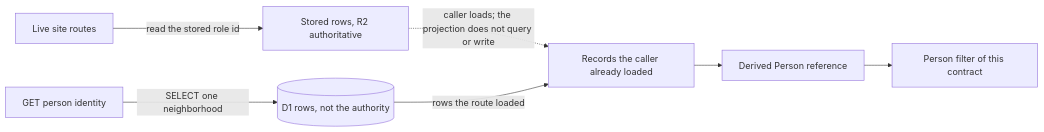
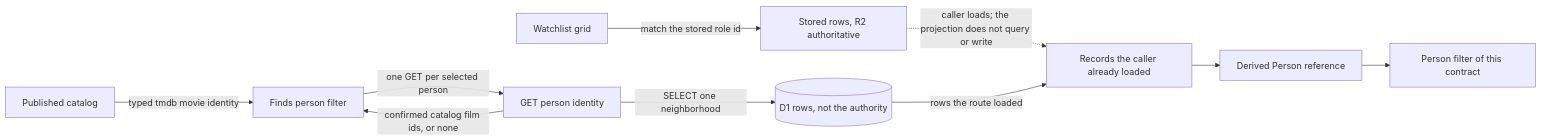
Before and after one commit to vladimino/iptv-watchlist: the second of 2 diagrams in docs/architecture/film-person-lifecycle.md, drawn with Mermaid. The commit also changed other lines of this file and 14 other files, not shown here.

First line of the commit message:
AIR-16: filter Finds by verified D1 Person identity (#284)

````diff
--- a/docs/architecture/film-person-lifecycle.md
+++ b/docs/architecture/film-person-lifecycle.md
@@ -36,15 +36,20 @@
 ```mermaid
 flowchart LR
   loaded["Records the caller already loaded"]
   derived["Derived Person reference"]
   filters["Person filter of this contract"]
   stored["Stored rows, R2 authoritative"]
-  routes["Live site routes"]
+  grid["Watchlist grid"]
+  finds["Finds person filter"]
+  catalog["Published catalog"]
   identity["GET person identity"]
   d1rows[("D1 rows, not the authority")]
   loaded --> derived --> filters
   stored -.->|caller loads; the projection does not query or write| loaded
-  routes -->|read the stored role id| stored
+  grid -->|match the stored role id| stored
+  finds -->|one GET per selected person| identity
   identity -->|SELECT one neighborhood| d1rows
   d1rows -->|rows the route loaded| loaded
+  identity -->|confirmed catalog film ids, or none| finds
+  catalog -->|typed tmdb movie identity| finds
 ```
````
